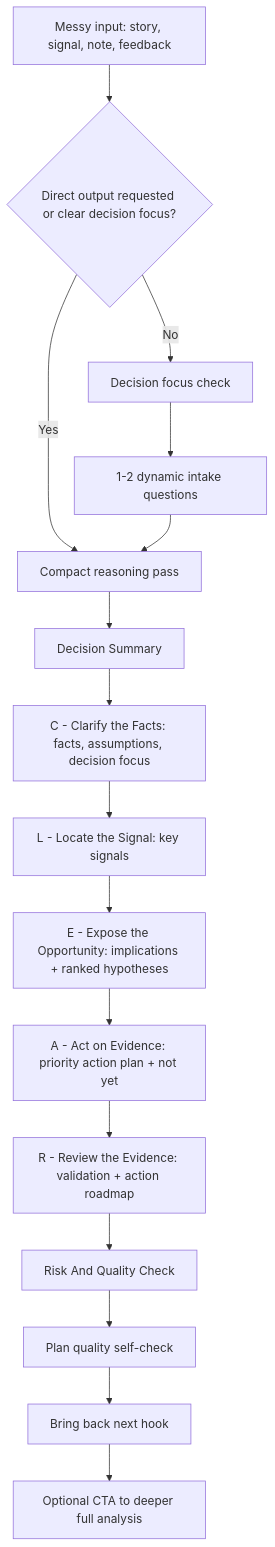
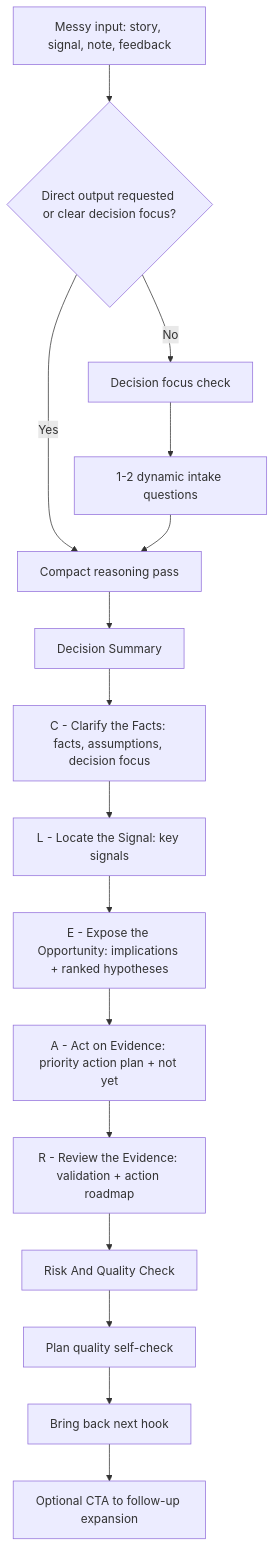
Before and after one commit to fzfclee/signal-to-action-planner: the diagram in conversation_flow.md, drawn with Mermaid. The commit also changed 8 other files, not shown here.

````diff
--- a/conversation_flow.md
+++ b/conversation_flow.md
@@ -10,18 +10,18 @@
 ```mermaid
 flowchart TD
     A["Messy input: story, signal, note, feedback"] --> B{"Direct output requested or clear decision focus?"}
     B -->|Yes| E["Compact reasoning pass"]
     B -->|No| C["Decision focus check"]
     C --> D["1-2 dynamic intake questions"]
     D --> E
     E --> F["Decision Summary"]
     F --> G["C - Clarify the Facts: facts, assumptions, decision focus"]
     G --> H["L - Locate the Signal: key signals"]
     H --> I["E - Expose the Opportunity: implications + ranked hypotheses"]
     I --> J["A - Act on Evidence: priority action plan + not yet"]
     J --> K["R - Review the Evidence: validation + action roadmap"]
     K --> L["Risk And Quality Check"]
     L --> M["Plan quality self-check"]
     M --> N["Bring back next hook"]
-    N --> O["Optional CTA to deeper full analysis"]
+    N --> O["Optional CTA to follow-up expansion"]
 ```
````
